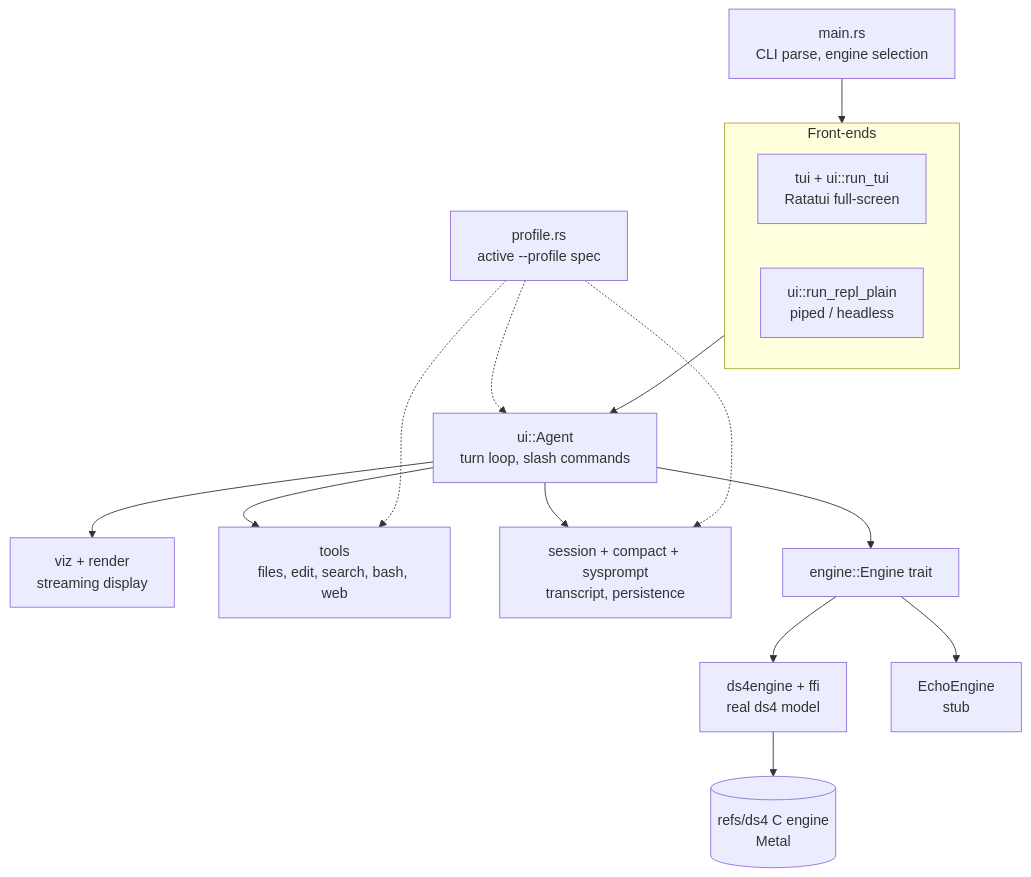
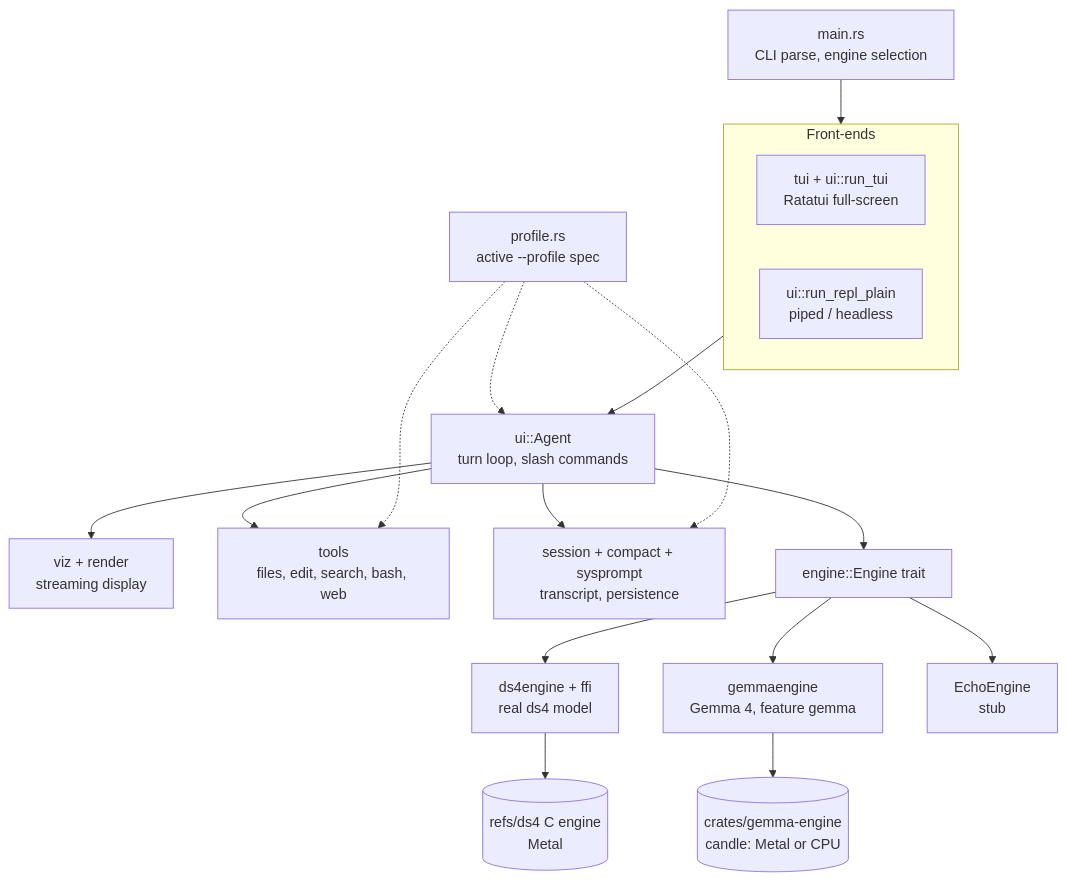
Before and after one commit to aovestdipaperino/plank: the first of 2 diagrams in docs/ARCHITECTURE.md, drawn with Mermaid. The commit also changed other lines of this file and 5 other files, not shown here.

Commit message:
docs+test: Gemma agent-loop test, GEMMA.md, architecture notes

````diff
--- a/docs/ARCHITECTURE.md
+++ b/docs/ARCHITECTURE.md
@@ -38,29 +38,32 @@
 ```mermaid
 flowchart TD
     main[main.rs<br/>CLI parse, engine selection]
     subgraph frontend [Front-ends]
         tui[tui + ui::run_tui<br/>Ratatui full-screen]
         plain[ui::run_repl_plain<br/>piped / headless]
     end
     agent[ui::Agent<br/>turn loop, slash commands]
     pipeline[viz + render<br/>streaming display]
     tools[tools<br/>files, edit, search, bash, web]
     session[session + compact + sysprompt<br/>transcript, persistence]
     engine[engine::Engine trait]
     ds4[ds4engine + ffi<br/>real ds4 model]
+    gemma[gemmaengine<br/>Gemma 4, feature gemma]
     echo[EchoEngine<br/>stub]
     profile[profile.rs<br/>active --profile spec]
 
     main --> frontend
     frontend --> agent
     agent --> pipeline
     agent --> tools
     agent --> session
     agent --> engine
     engine --> ds4
+    engine --> gemma
     engine --> echo
     ds4 --> cengine[(refs/ds4 C engine<br/>Metal)]
+    gemma --> gcrate[(crates/gemma-engine<br/>candle: Metal or CPU)]
     profile -.-> session
     profile -.-> tools
     profile -.-> agent
 ```
````
